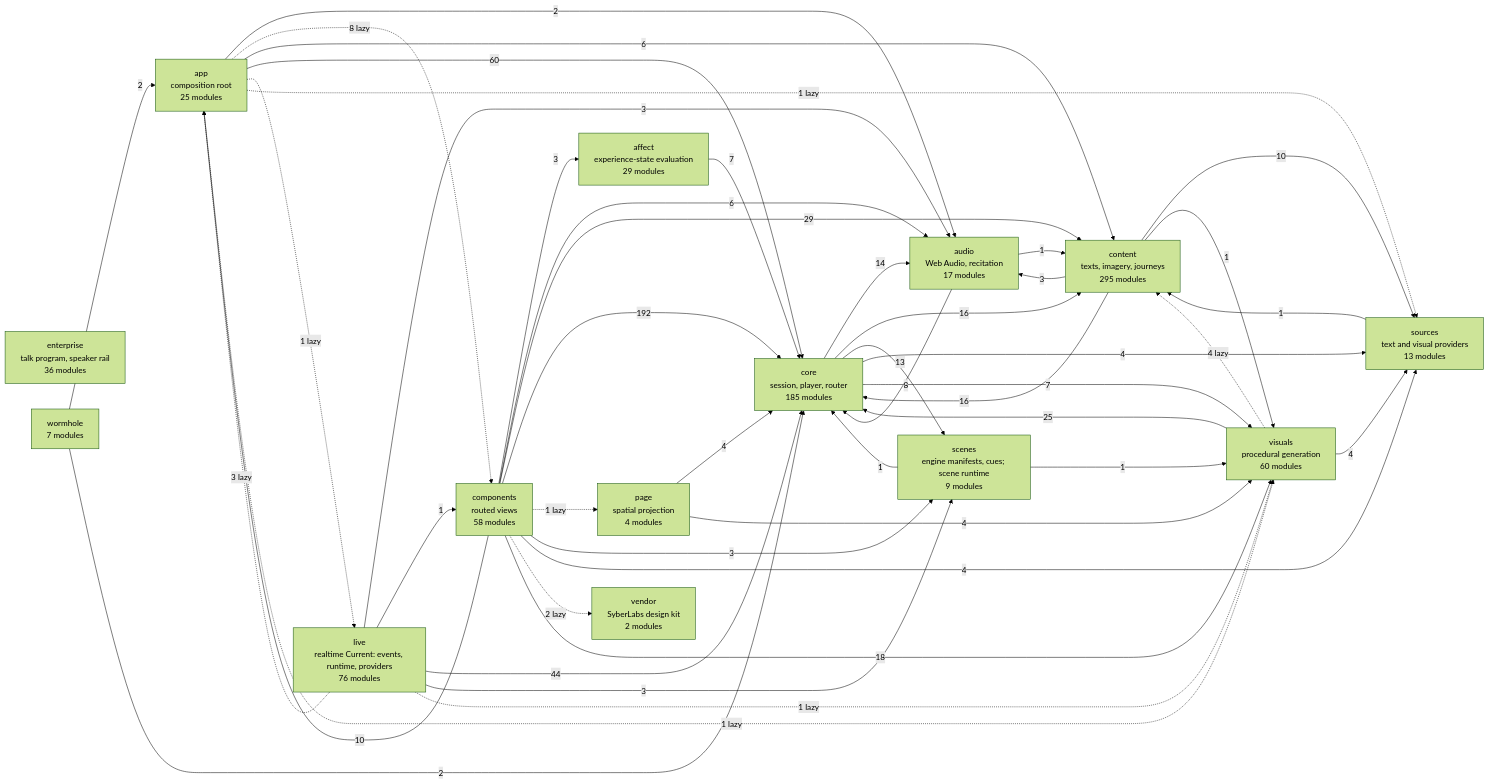
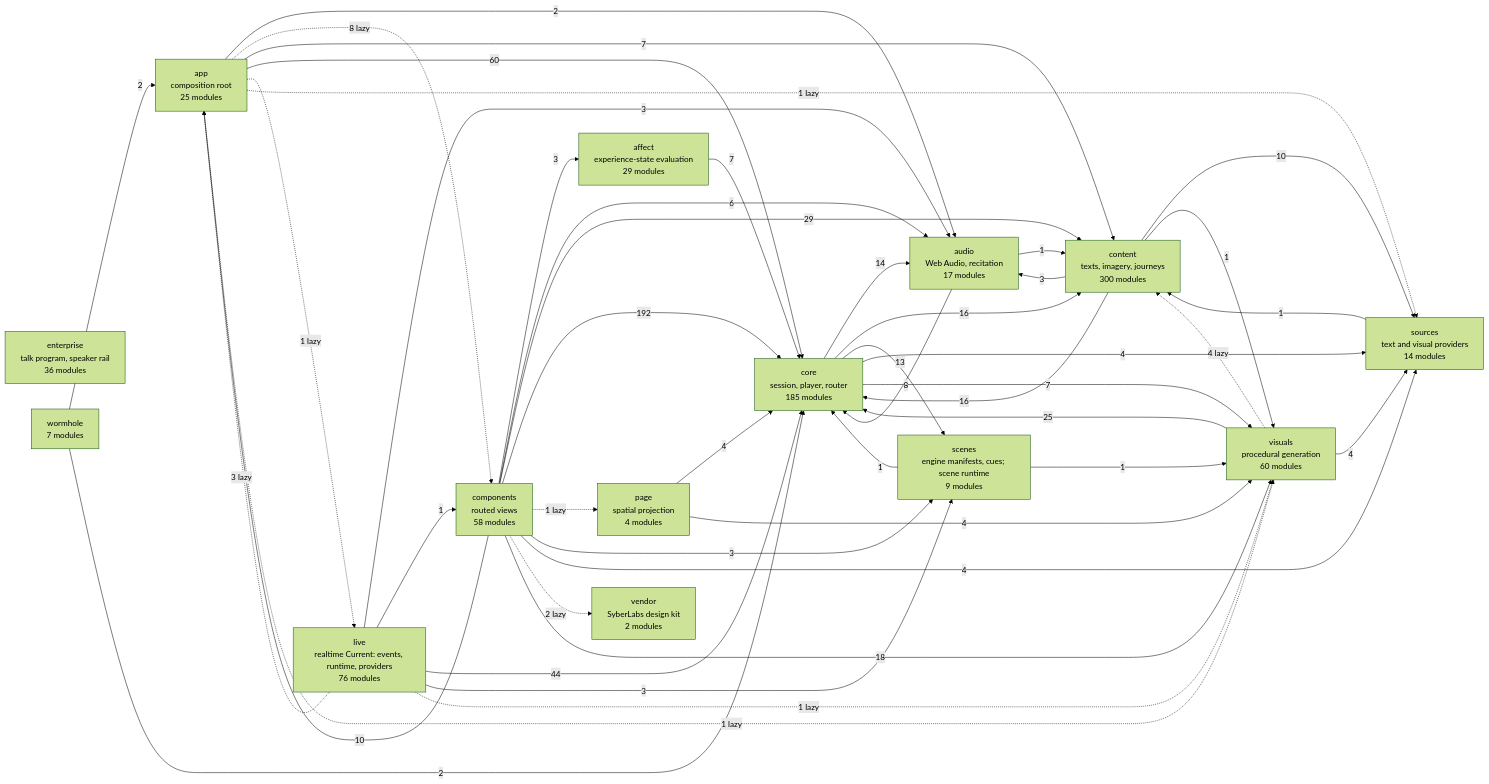
The diagram in docs/specs/ARCHITECTURE.md (SyberLabs/RISE), drawn with Mermaid (forest theme) before and after one commit.

Commit message:
The generated import graph counts the plate reader, the picture work and the Haeckel provider.

````diff
--- a/docs/specs/ARCHITECTURE.md
+++ b/docs/specs/ARCHITECTURE.md
@@ -161,63 +161,63 @@
 ```mermaid
 flowchart LR
     affect["affect<br/>experience-state evaluation<br/>29 modules"]
     app["app<br/>composition root<br/>25 modules"]
     audio["audio<br/>Web Audio, recitation<br/>17 modules"]
     components["components<br/>routed views<br/>58 modules"]
-    content["content<br/>texts, imagery, journeys<br/>295 modules"]
+    content["content<br/>texts, imagery, journeys<br/>300 modules"]
     core["core<br/>session, player, router<br/>185 modules"]
     enterprise["enterprise<br/>talk program, speaker rail<br/>36 modules"]
     live["live<br/>realtime Current: events, runtime, providers<br/>76 modules"]
     page["page<br/>spatial projection<br/>4 modules"]
     scenes["scenes<br/>engine manifests, cues; scene runtime<br/>9 modules"]
-    sources["sources<br/>text and visual providers<br/>13 modules"]
+    sources["sources<br/>text and visual providers<br/>14 modules"]
     vendor["vendor<br/>SyberLabs design kit<br/>2 modules"]
     visuals["visuals<br/>procedural generation<br/>60 modules"]
     wormhole["wormhole<br/>7 modules"]
 
     affect --> |7| core
     app --> |2| audio
     app -.-> |8 lazy| components
-    app --> |6| content
+    app --> |7| content
     app --> |60| core
     app -.-> |1 lazy| live
     app -.-> |1 lazy| sources
     app -.-> |1 lazy| visuals
     audio --> |1| content
     audio --> |8| core
     components --> |3| affect
     components --> |10| app
     components --> |6| audio
     components --> |29| content
     components --> |192| core
     components -.-> |1 lazy| page
     components --> |3| scenes
     components --> |4| sources
     components -.-> |2 lazy| vendor
     components --> |18| visuals
     content --> |3| audio
     content --> |16| core
     content --> |10| sources
     content --> |1| visuals
     core --> |14| audio
     core --> |16| content
     core --> |13| scenes
     core --> |4| sources
     core --> |7| visuals
     live -.-> |3 lazy| app
     live --> |3| audio
     live --> |1| components
     live --> |44| core
     live --> |3| scenes
     live -.-> |1 lazy| visuals
     page --> |4| core
     page --> |4| visuals
     scenes --> |1| core
     scenes --> |1| visuals
     sources --> |1| content
     visuals -.-> |4 lazy| content
     visuals --> |25| core
     visuals --> |4| sources
     wormhole --> |2| app
     wormhole --> |2| core
 ```
````
